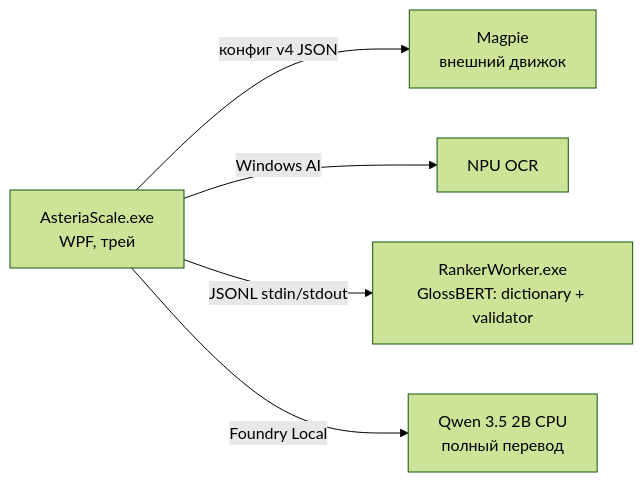
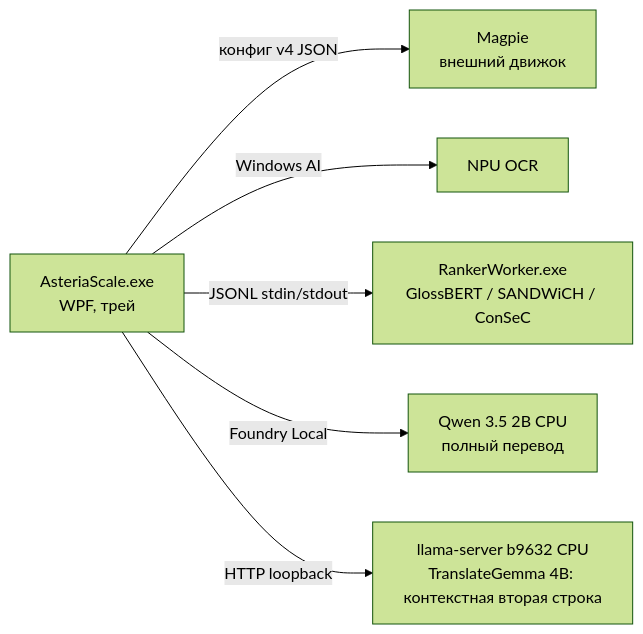
The diagram in docs/ARCHITECTURE.md (slava8519/AsteriaScale), drawn with Mermaid (forest theme) before and after one commit. The commit also changed other lines of this file and 126 other files, not shown here.

````diff
--- a/docs/ARCHITECTURE.md
+++ b/docs/ARCHITECTURE.md
@@ -19,7 +19,8 @@
 ```mermaid
 graph LR
     A[AsteriaScale.exe<br/>WPF, трей] -->|конфиг v4 JSON| M[Magpie<br/>внешний движок]
     A -->|Windows AI| OCR[NPU OCR]
-    A -->|JSONL stdin/stdout| R[RankerWorker.exe<br/>GlossBERT: dictionary + validator]
+    A -->|JSONL stdin/stdout| R[RankerWorker.exe<br/>GlossBERT / SANDWiCH / ConSeC]
     A -->|Foundry Local| Q[Qwen 3.5 2B CPU<br/>полный перевод]
+    A -->|HTTP loopback| T[llama-server b9632 CPU<br/>TranslateGemma 4B: контекстная вторая строка]
 ```
````
